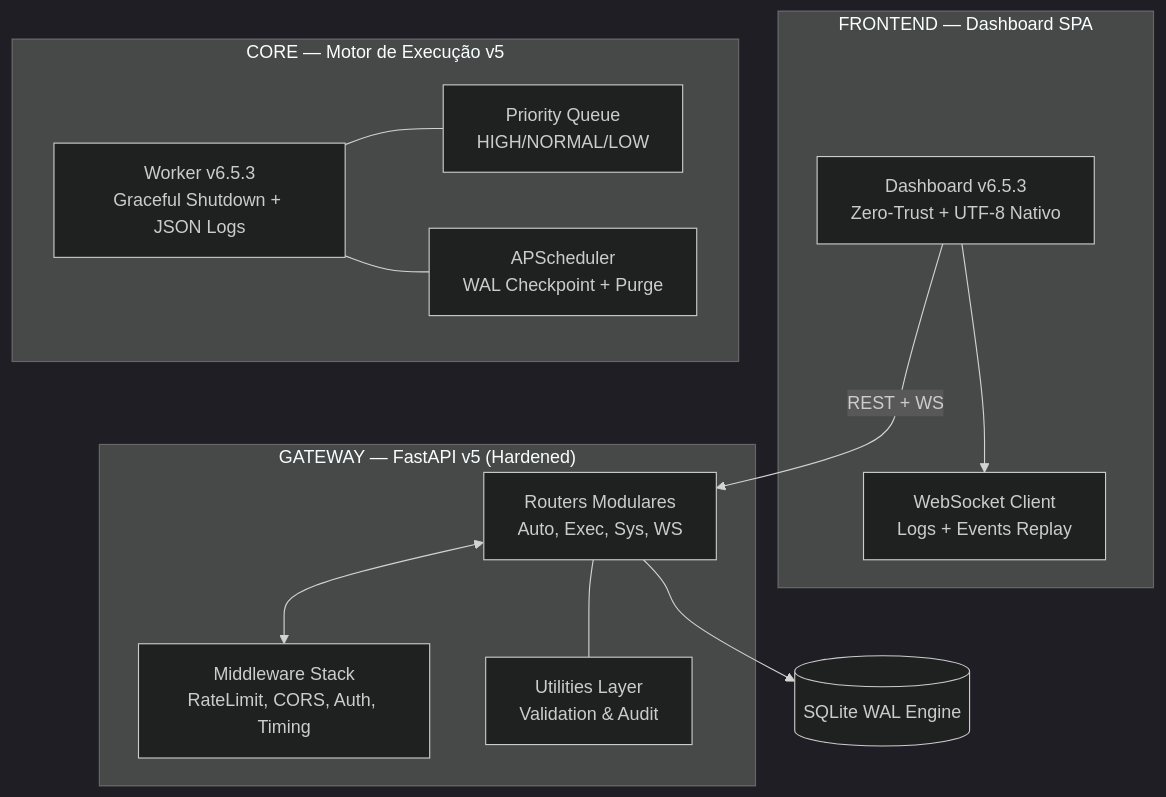
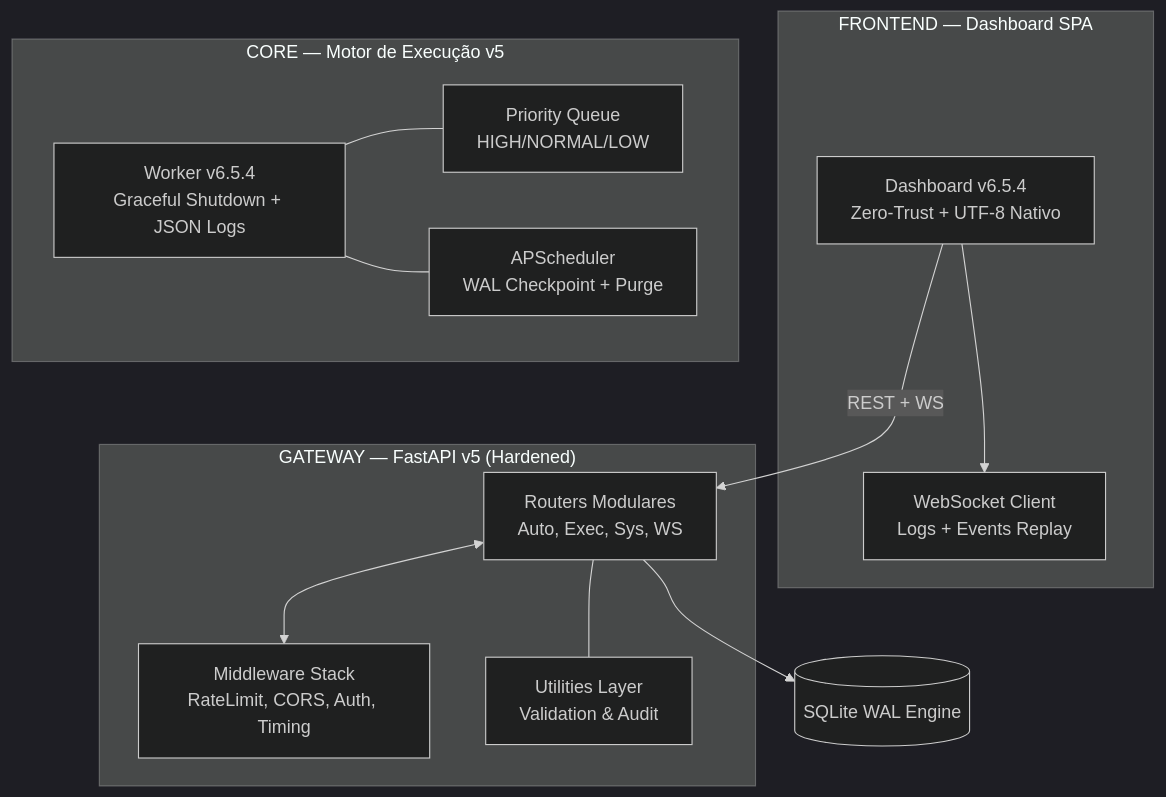
The diagram in README.md (GabrielDiasNN/Automacoes-CR), drawn with Mermaid (dark theme) before and after one commit. The commit also changed other lines of this file and 11 other files, not shown here.

````diff
--- a/README.md
+++ b/README.md
@@ -7,27 +7,27 @@
 ```mermaid
 graph TD
     subgraph "FRONTEND — Dashboard SPA"
-        UI["Dashboard v6.5.3<br/>Zero-Trust + UTF-8 Nativo"]
+        UI["Dashboard v6.5.4<br/>Zero-Trust + UTF-8 Nativo"]
         WS_CLIENT["WebSocket Client<br/>Logs + Events Replay"]
         UI --> WS_CLIENT
     end
 
     subgraph "GATEWAY — FastAPI v5 (Hardened)"
         ROUTERS["Routers Modulares<br/>Auto, Exec, Sys, WS"]
         MIDDLEWARE["Middleware Stack<br/>RateLimit, CORS, Auth, Timing"]
         UTILS["Utilities Layer<br/>Validation & Audit"]
         ROUTERS <--> MIDDLEWARE
         ROUTERS --- UTILS
     end
 
     subgraph "CORE — Motor de Execução v5"
-        WORKER["Worker v6.5.3<br/>Graceful Shutdown + JSON Logs"]
+        WORKER["Worker v6.5.4<br/>Graceful Shutdown + JSON Logs"]
         PRIORITY["Priority Queue<br/>HIGH/NORMAL/LOW"]
         SCHEDULER["APScheduler<br/>WAL Checkpoint + Purge"]
         WORKER --- PRIORITY
         WORKER --- SCHEDULER
     end
 
     UI -->|REST + WS| ROUTERS
     ROUTERS --> DB[(SQLite WAL Engine)]
 ```
````
